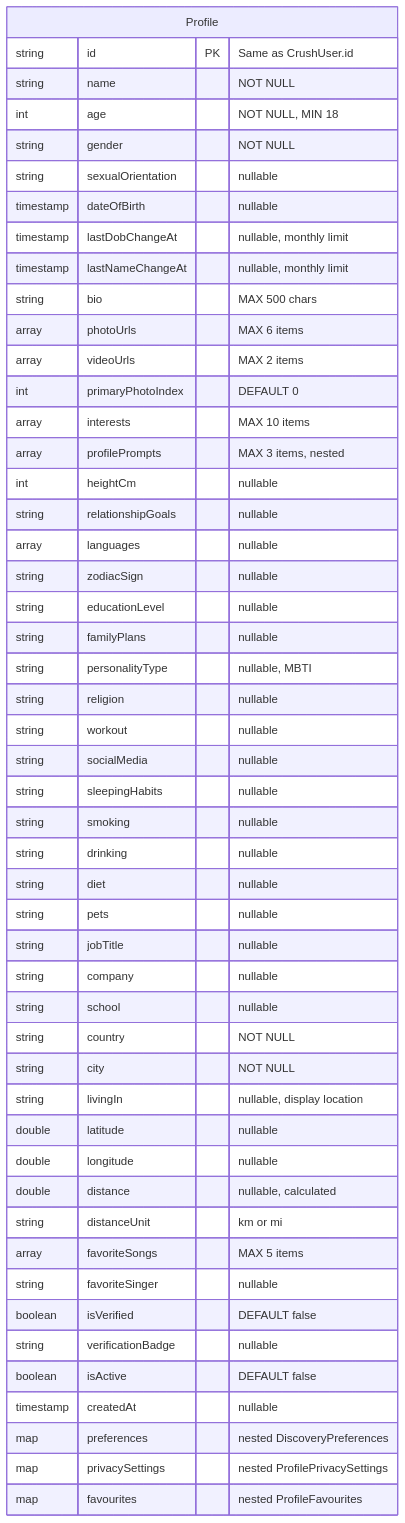
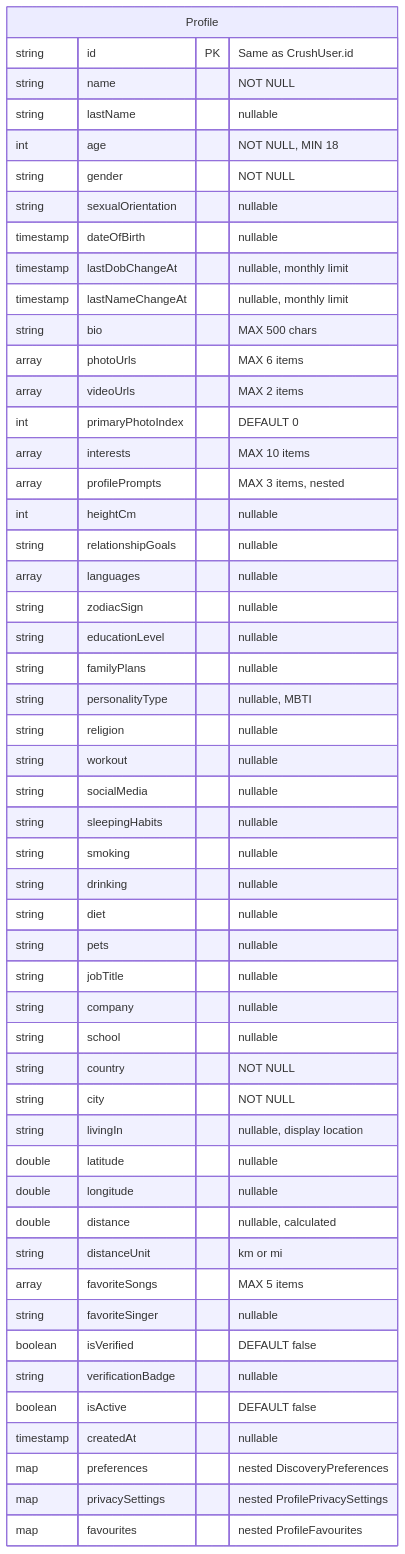
Before and after one commit to Aceadk/my_first_project: the third of 27 diagrams in docs/project_er_diagram.md, drawn with Mermaid. The commit also changed other lines of this file and 1262 other files, not shown here.

````diff
--- a/docs/project_er_diagram.md
+++ b/docs/project_er_diagram.md
@@ -275,53 +275,54 @@
 ```mermaid
 erDiagram
     Profile {
         string id PK "Same as CrushUser.id"
         string name "NOT NULL"
+        string lastName "nullable"
         int age "NOT NULL, MIN 18"
         string gender "NOT NULL"
         string sexualOrientation "nullable"
         timestamp dateOfBirth "nullable"
         timestamp lastDobChangeAt "nullable, monthly limit"
         timestamp lastNameChangeAt "nullable, monthly limit"
         string bio "MAX 500 chars"
         array photoUrls "MAX 6 items"
         array videoUrls "MAX 2 items"
         int primaryPhotoIndex "DEFAULT 0"
         array interests "MAX 10 items"
         array profilePrompts "MAX 3 items, nested"
         int heightCm "nullable"
         string relationshipGoals "nullable"
         array languages "nullable"
         string zodiacSign "nullable"
         string educationLevel "nullable"
         string familyPlans "nullable"
         string personalityType "nullable, MBTI"
         string religion "nullable"
         string workout "nullable"
         string socialMedia "nullable"
         string sleepingHabits "nullable"
         string smoking "nullable"
         string drinking "nullable"
         string diet "nullable"
         string pets "nullable"
         string jobTitle "nullable"
         string company "nullable"
         string school "nullable"
         string country "NOT NULL"
         string city "NOT NULL"
         string livingIn "nullable, display location"
         double latitude "nullable"
         double longitude "nullable"
         double distance "nullable, calculated"
         string distanceUnit "km or mi"
         array favoriteSongs "MAX 5 items"
         string favoriteSinger "nullable"
         boolean isVerified "DEFAULT false"
         string verificationBadge "nullable"
         boolean isActive "DEFAULT false"
         timestamp createdAt "nullable"
         map preferences "nested DiscoveryPreferences"
         map privacySettings "nested ProfilePrivacySettings"
         map favourites "nested ProfileFavourites"
     }
 ```
````
